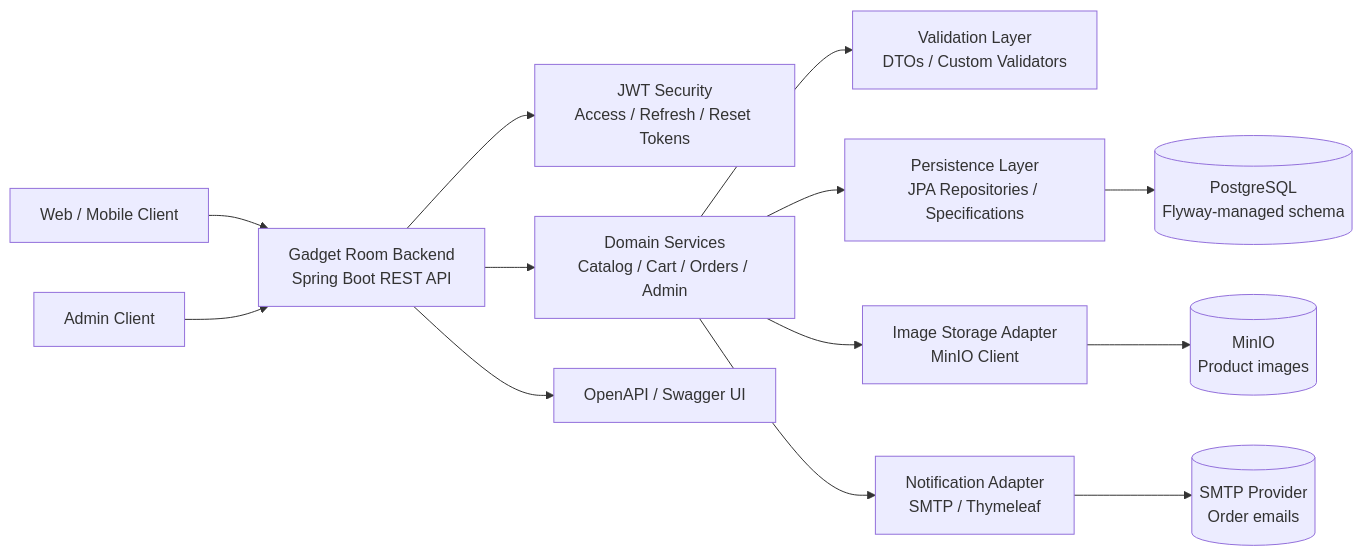
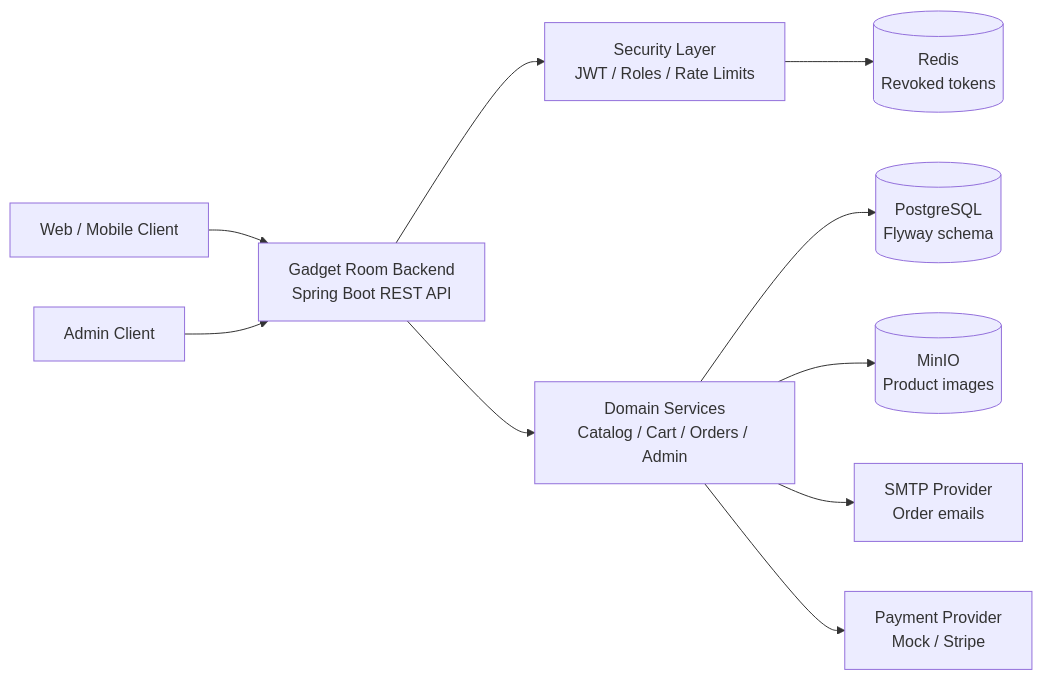
One commit to Team-4185/phone-shop changed the diagram in README.md. Above: the diagram before and after it, drawn with Mermaid. The commit also changed other lines of this file and 244 other files, not shown here.

````diff
--- a/README.md
+++ b/README.md
@@ -35,31 +23,23 @@
 ```mermaid
 flowchart LR
     Client[Web / Mobile Client]
     Admin[Admin Client]
-
     API[Gadget Room Backend<br/>Spring Boot REST API]
-    Auth[JWT Security<br/>Access / Refresh / Reset Tokens]
+    Security[Security Layer<br/>JWT / Roles / Rate Limits]
     Domain[Domain Services<br/>Catalog / Cart / Orders / Admin]
-    Validation[Validation Layer<br/>DTOs / Custom Validators]
-    Persistence[Persistence Layer<br/>JPA Repositories / Specifications]
-    Storage[Image Storage Adapter<br/>MinIO Client]
-    Mail[Notification Adapter<br/>SMTP / Thymeleaf]
-
-    DB[(PostgreSQL<br/>Flyway-managed schema)]
+    Data[(PostgreSQL<br/>Flyway schema)]
+    Redis[(Redis<br/>Revoked tokens)]
     MinIO[(MinIO<br/>Product images)]
-    SMTP[(SMTP Provider<br/>Order emails)]
-    Docs[OpenAPI / Swagger UI]
+    Mail[SMTP Provider<br/>Order emails]
+    Payments[Payment Provider<br/>Mock / Stripe]
 
     Client --> API
     Admin --> API
-    API --> Auth
+    API --> Security
     API --> Domain
-    API --> Docs
-    Domain --> Validation
-    Domain --> Persistence
-    Domain --> Storage
+    Security --> Redis
+    Domain --> Data
+    Domain --> MinIO
     Domain --> Mail
-    Persistence --> DB
-    Storage --> MinIO
-    Mail --> SMTP
+    Domain --> Payments
 ```
````
